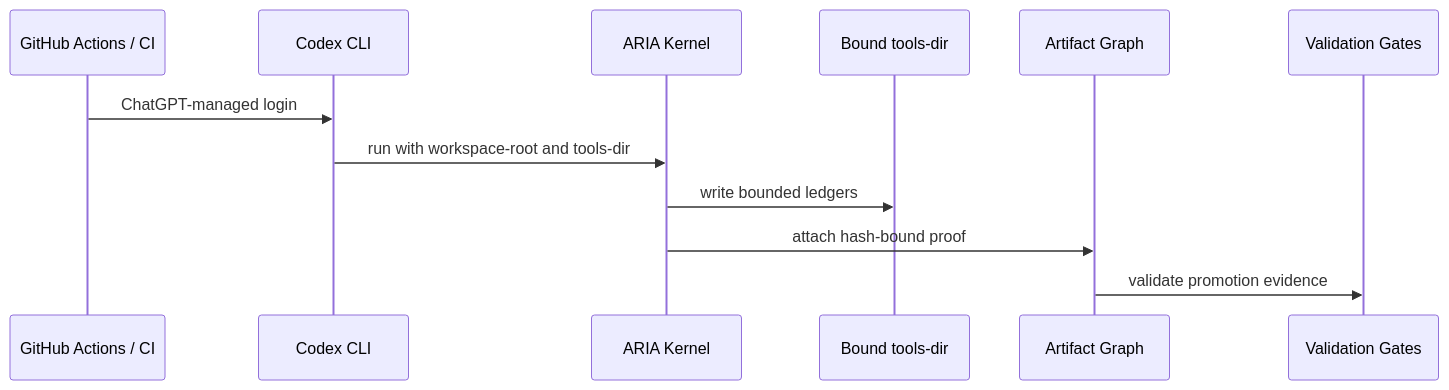
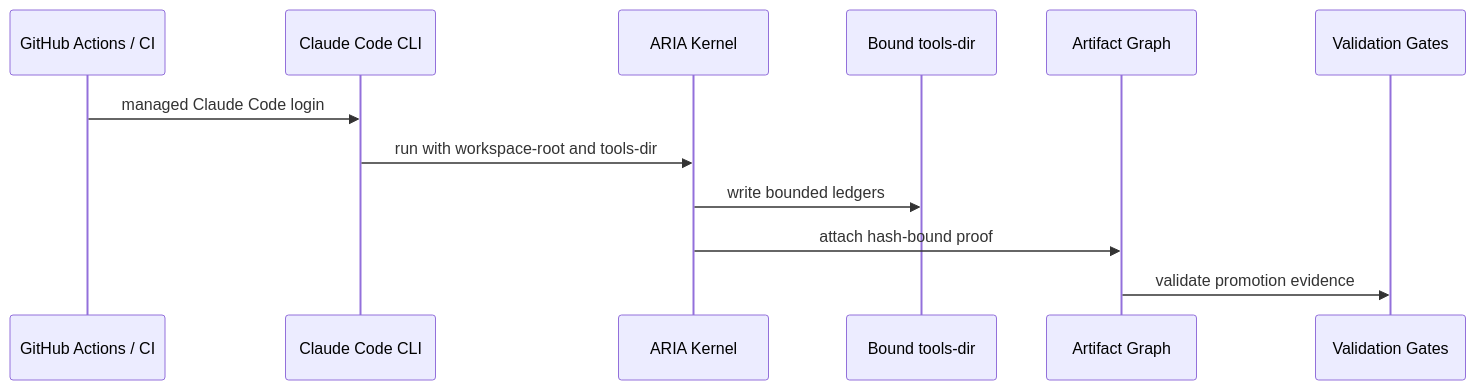
Diagram 18 of 23 in docs/aria/ARCHITECTURE.md (Okan-wqm/aquaculture_platform), drawn with Mermaid before and after one commit. The commit also changed other lines of this file and 12 other files, not shown here.

First line of the commit message:
feat(aria): retire Codex runtime authority — Claude Code CLI SSoT (slice 3)

````diff
--- a/docs/aria/ARCHITECTURE.md
+++ b/docs/aria/ARCHITECTURE.md
@@ -544,15 +544,15 @@
 ```mermaid
 sequenceDiagram
   participant CI as GitHub Actions / CI
-  participant Codex as Codex CLI
+  participant Claude as Claude Code CLI
   participant Kernel as ARIA Kernel
   participant Tools as Bound tools-dir
   participant Artifacts as Artifact Graph
   participant Gates as Validation Gates
 
-  CI->>Codex: ChatGPT-managed login
-  Codex->>Kernel: run with workspace-root and tools-dir
+  CI->>Claude: managed Claude Code login
+  Claude->>Kernel: run with workspace-root and tools-dir
   Kernel->>Tools: write bounded ledgers
   Kernel->>Artifacts: attach hash-bound proof
   Artifacts->>Gates: validate promotion evidence
 ```
````
